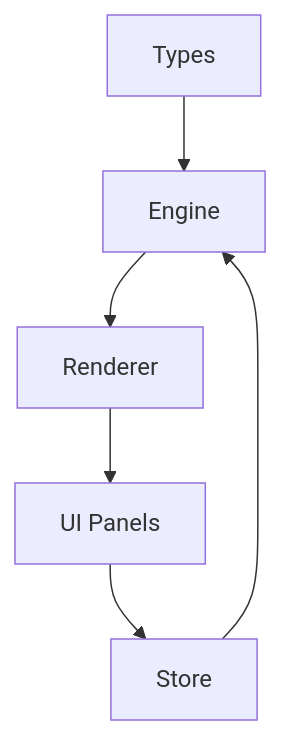
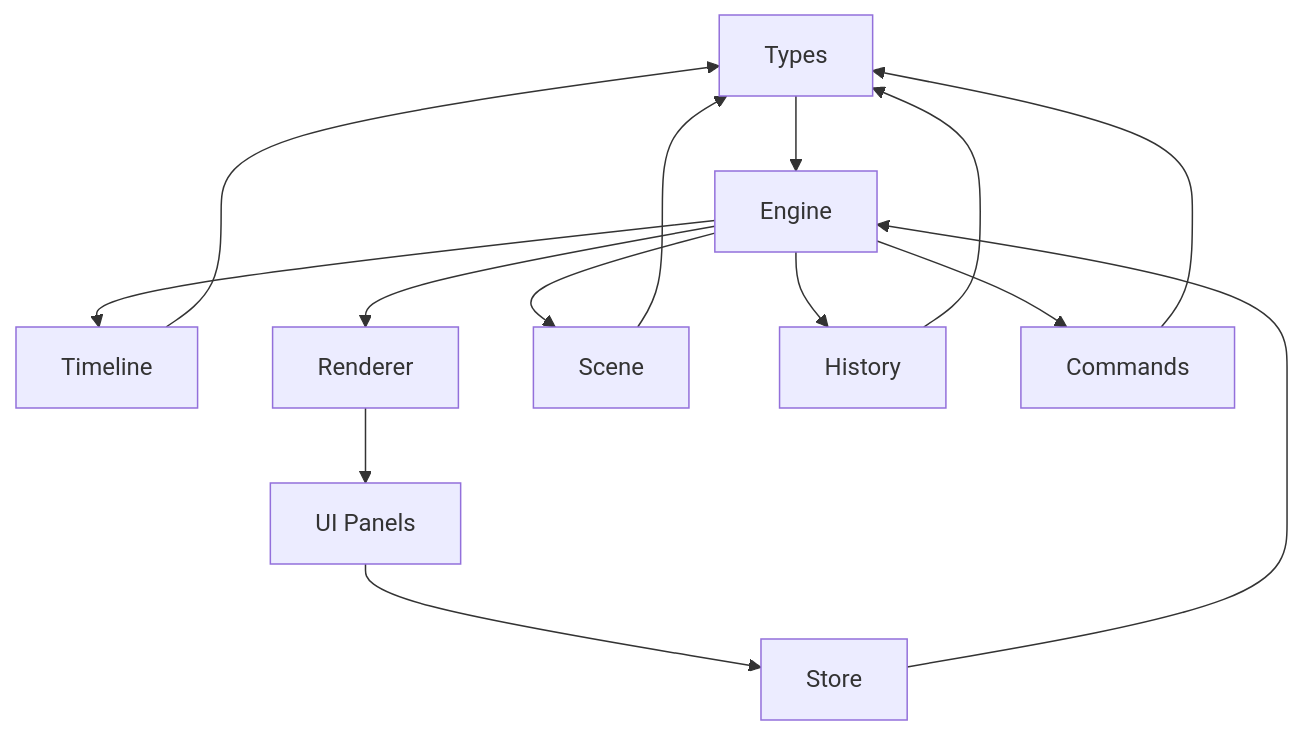
One commit to Anna0314zy/ai_editor_enginer changed the ninth of 9 diagrams in .qoder/repowiki/en/content/Animation System/Animation System.md. Above: the diagram before and after it, drawn with Mermaid. The commit also changed other lines of this file and 41 other files, not shown here.

````diff
--- a/.qoder/repowiki/en/content/Animation System/Animation System.md
+++ b/.qoder/repowiki/en/content/Animation System/Animation System.md
@@ -324,8 +381,16 @@
 ```mermaid
 graph TB
 TYPES["Types"] --> ENGINE["Engine"]
+ENGINE --> TIMELINE["Timeline"]
 ENGINE --> RENDERER["Renderer"]
+ENGINE --> SCENE["Scene"]
+ENGINE --> HISTORY["History"]
+ENGINE --> COMMANDS["Commands"]
 STORE["Store"] --> ENGINE
 UI["UI Panels"] --> STORE
 RENDERER --> UI
+SCENE --> TYPES
+TIMELINE --> TYPES
+COMMANDS --> TYPES
+HISTORY --> TYPES
 ```
````
